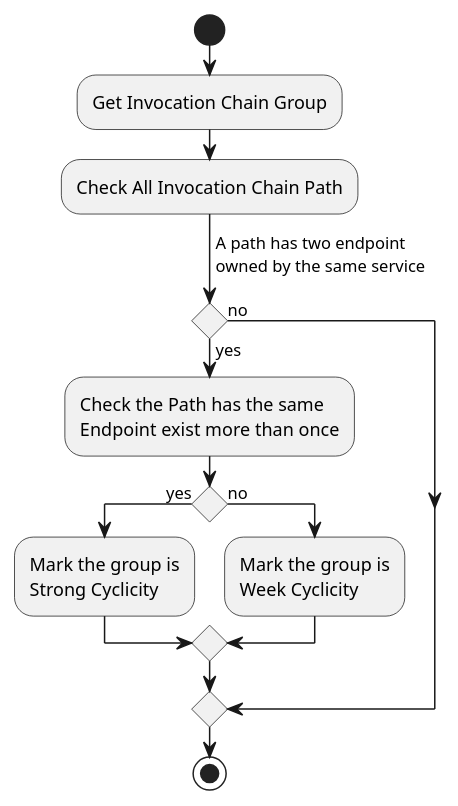
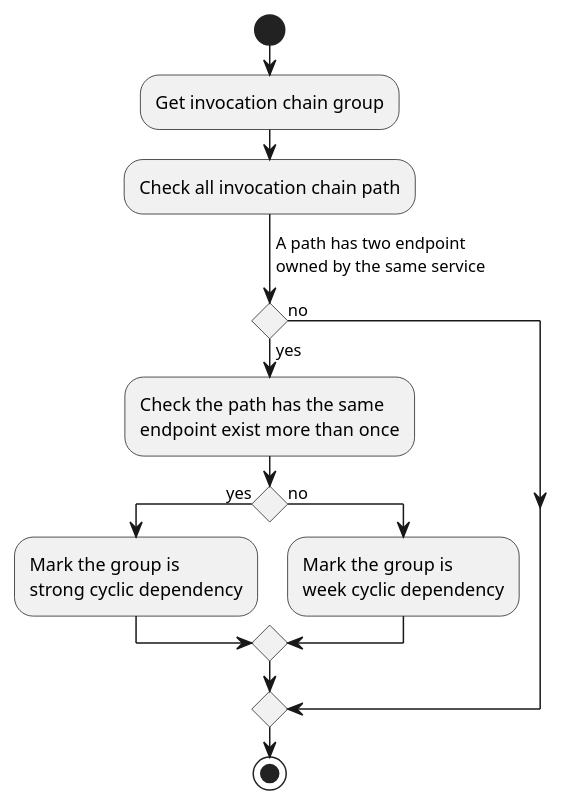
The diagram in diagram/findCyclicInvocationChain.puml (b4456609/mgp-back), drawn with PlantUML before and after one commit.

```diff
--- a/diagram/findCyclicInvocationChain.puml
+++ b/diagram/findCyclicInvocationChain.puml
@@ -1,16 +1,16 @@
 @startuml
 start
-:Get Invocation Chain Group;
-:Check All Invocation Chain Path;
+:Get invocation chain group;
+:Check all invocation chain path;
 -> A path has two endpoint\nowned by the same service;
 if() then(yes)
-:Check the Path has the same\nEndpoint exist more than once;
+:Check the path has the same\nendpoint exist more than once;
 if() then(yes)
-:Mark the group is\nStrong Cyclicity;
+:Mark the group is\nstrong cyclic dependency;
 else(no)
-:Mark the group is\nWeek Cyclicity;
+:Mark the group is\nweek cyclic dependency;
 endif
 else(no)
 endif
 stop
 @enduml
```
